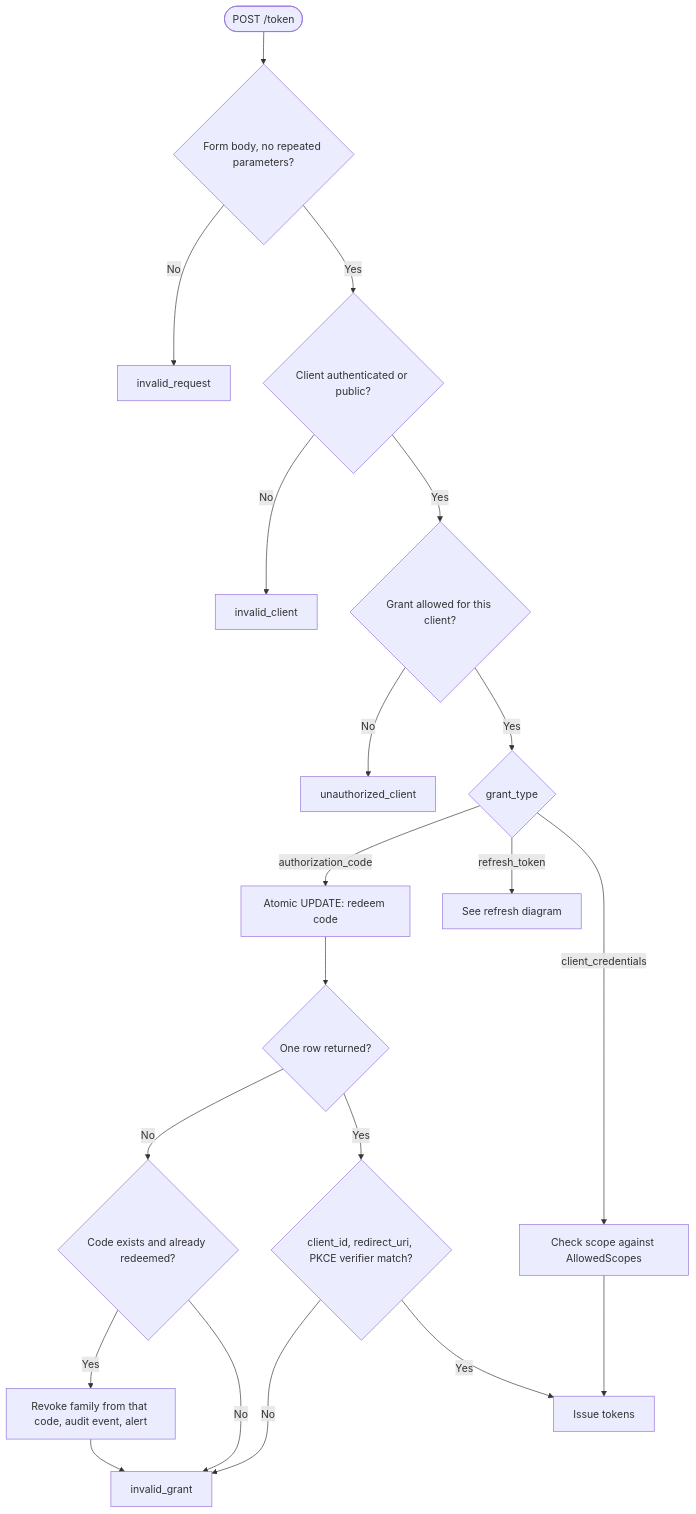
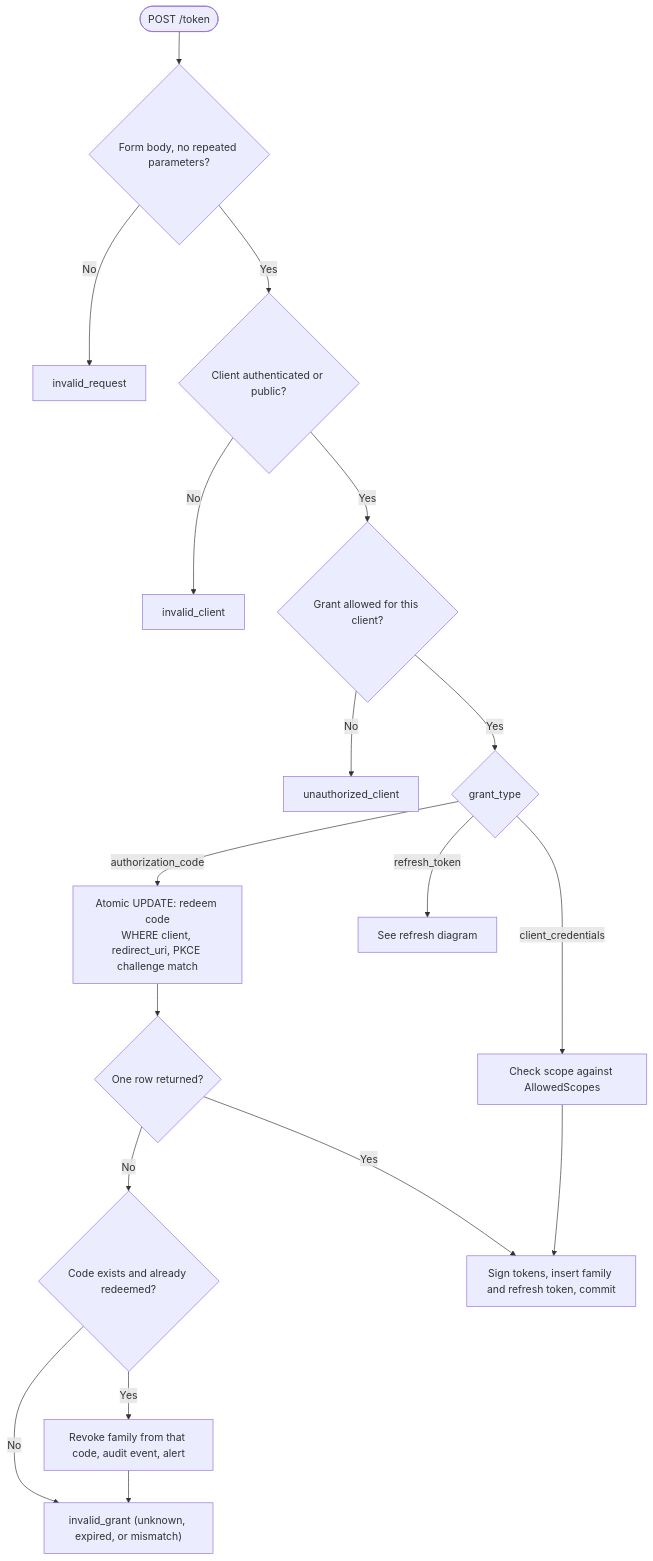
One commit to Parth2500/heimdall-idp changed the second of 2 diagrams in docs/diagrams/02-authorization-code-flow.md. Above: the diagram before and after it, drawn with Mermaid. The commit also changed 30 other files, not shown here.

````diff
--- a/docs/diagrams/02-authorization-code-flow.md
+++ b/docs/diagrams/02-authorization-code-flow.md
@@ -49,22 +49,20 @@
 ```mermaid
 flowchart TD
     S(["POST /token"]) --> F{"Form body, no repeated parameters?"}
     F -- No --> E1["invalid_request"]
     F -- Yes --> CA{"Client authenticated or public?"}
     CA -- No --> E2["invalid_client"]
     CA -- Yes --> G{"Grant allowed for this client?"}
     G -- No --> E3["unauthorized_client"]
     G -- Yes --> GT{"grant_type"}
-    GT -- authorization_code --> RC["Atomic UPDATE: redeem code"]
+    GT -- authorization_code --> RC["Atomic UPDATE: redeem code<br/>WHERE client, redirect_uri, PKCE challenge match"]
     GT -- refresh_token --> RT["See refresh diagram"]
     GT -- client_credentials --> SC["Check scope against AllowedScopes"]
     RC --> OK1{"One row returned?"}
     OK1 -- No --> RU{"Code exists and already redeemed?"}
     RU -- Yes --> REV["Revoke family from that code, audit event, alert"]
-    RU -- No --> E4["invalid_grant"]
+    RU -- No --> E4["invalid_grant (unknown, expired, or mismatch)"]
     REV --> E4
-    OK1 -- Yes --> CB{"client_id, redirect_uri, PKCE verifier match?"}
-    CB -- No --> E4
-    CB -- Yes --> ISS["Issue tokens"]
+    OK1 -- Yes --> ISS["Sign tokens, insert family and refresh token, commit"]
     SC --> ISS
 ```
````
